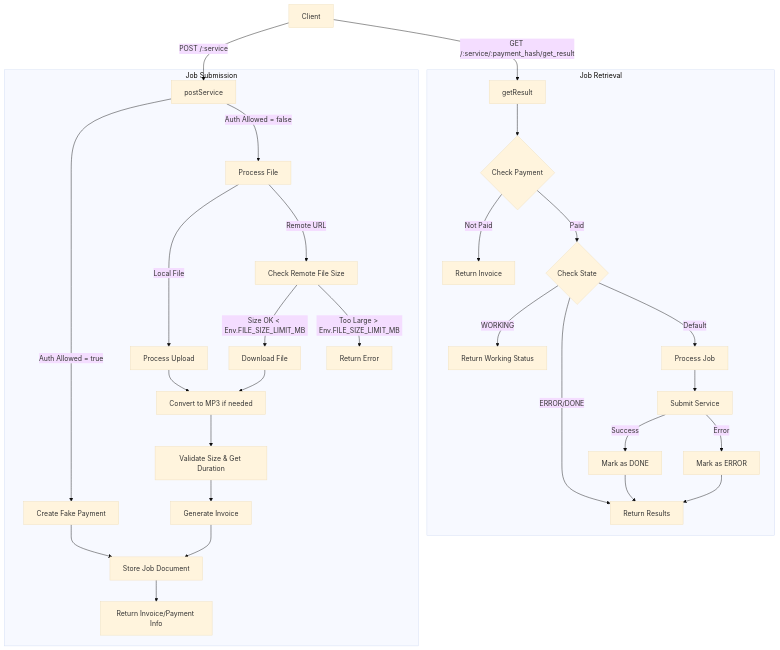
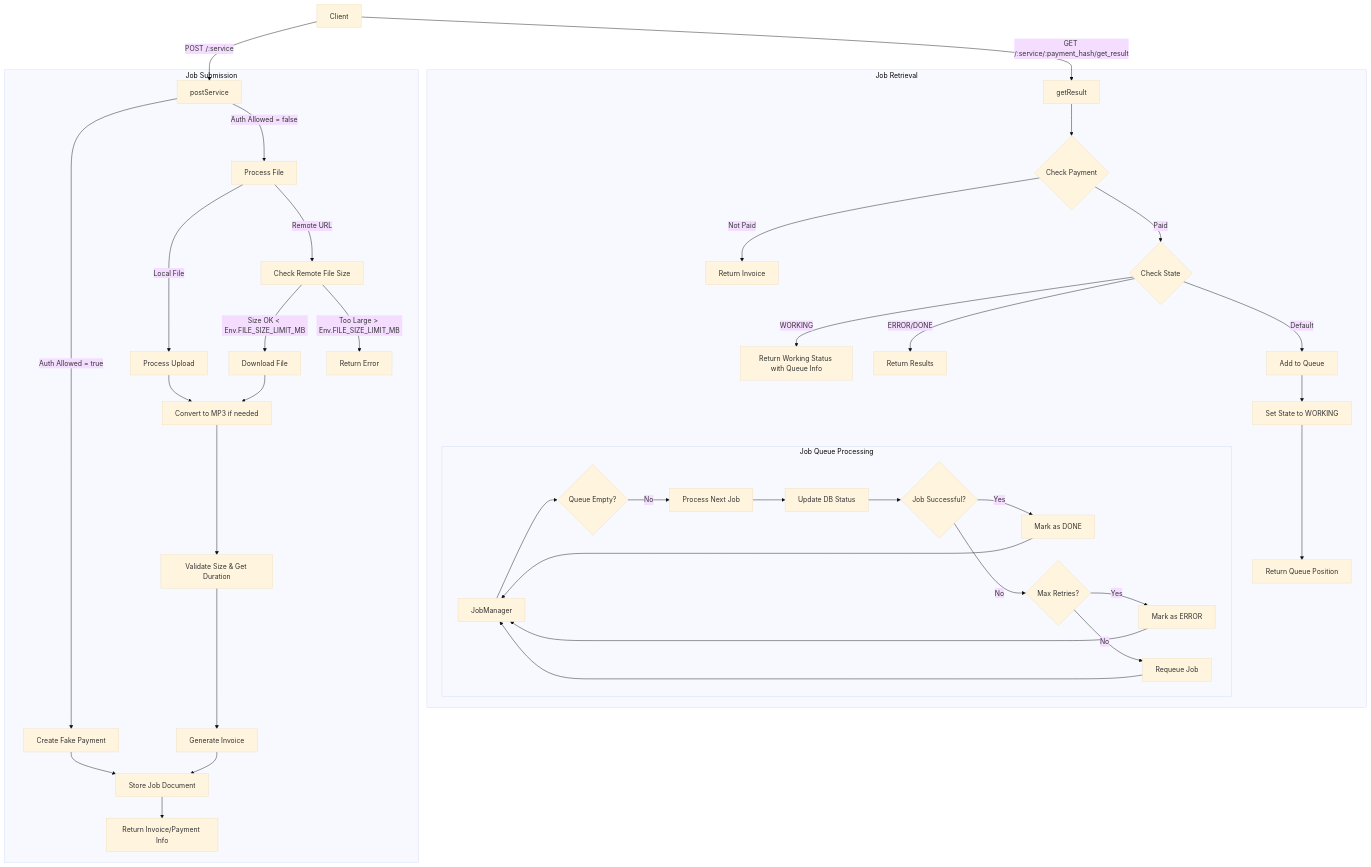
Before and after one commit to CASCDR-xyz/whisper-nip105-example: the diagram in flowchart.md, drawn with Mermaid (base theme). The commit also changed 4 other files, not shown here.

````diff
--- a/flowchart.md
+++ b/flowchart.md
@@ -1,36 +1,47 @@
 ```mermaid
 flowchart TD
     A[Client] -->|POST /:service| B[postService]
     
     subgraph "Job Submission"
         B -->|Auth Allowed = true| C[Create Fake Payment]
         B -->|Auth Allowed = false| D[Process File]
         D -->|Local File| E[Process Upload]
         D -->|Remote URL| F1[Check Remote File Size]
         F1 -->|Size OK < Env.FILE_SIZE_LIMIT_MB| F2[Download File]
         F1 -->|Too Large > Env.FILE_SIZE_LIMIT_MB| F3[Return Error]
         F2 --> G[Convert to MP3 if needed]
         E --> G
         G --> H[Validate Size & Get Duration]
         H --> I[Generate Invoice]
         I --> J[Store Job Document]
         C --> J
         J --> K[Return Invoice/Payment Info]
     end
     
     A -->|GET /:service/:payment_hash/get_result| L[getResult]
     
     subgraph "Job Retrieval"
         L --> M{Check Payment}
         M -->|Not Paid| N[Return Invoice]
         M -->|Paid| O{Check State}
-        O -->|WORKING| P[Return Working Status]
+        O -->|WORKING| P[Return Working Status with Queue Info]
         O -->|ERROR/DONE| Q[Return Results]
-        O -->|Default| R[Process Job]
-        R --> S[Submit Service]
-        S -->|Success| T[Mark as DONE]
-        S -->|Error| U[Mark as ERROR]
-        T --> Q
-        U --> Q
+        O -->|Default| R[Add to Queue]
+        R --> S[Set State to WORKING]
+        S --> T[Return Queue Position]
+        
+        subgraph "Job Queue Processing"
+            U[JobManager] --> V{Queue Empty?}
+            V -->|No| W[Process Next Job]
+            W --> X[Update DB Status]
+            X --> Y{Job Successful?}
+            Y -->|Yes| Z[Mark as DONE]
+            Y -->|No| AA{Max Retries?}
+            AA -->|Yes| AB[Mark as ERROR]
+            AA -->|No| AC[Requeue Job]
+            Z --> U
+            AB --> U
+            AC --> U
+        end
     end
 ``` 
````
